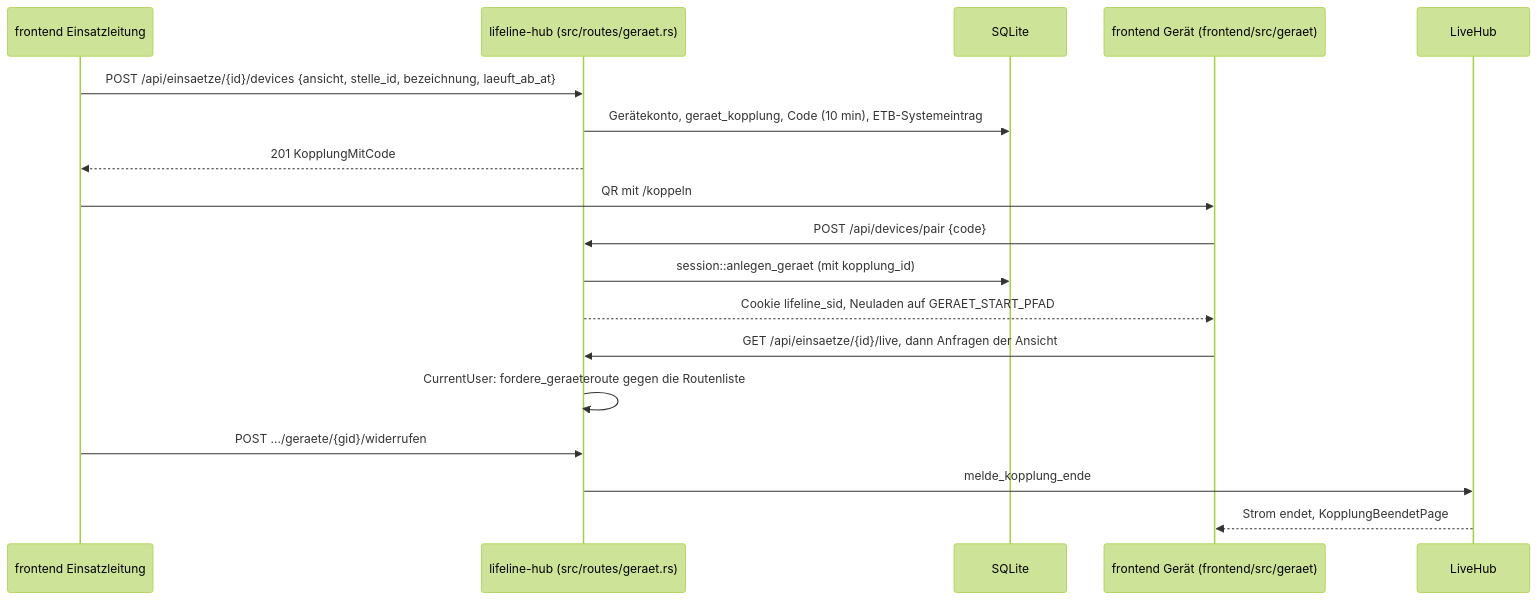
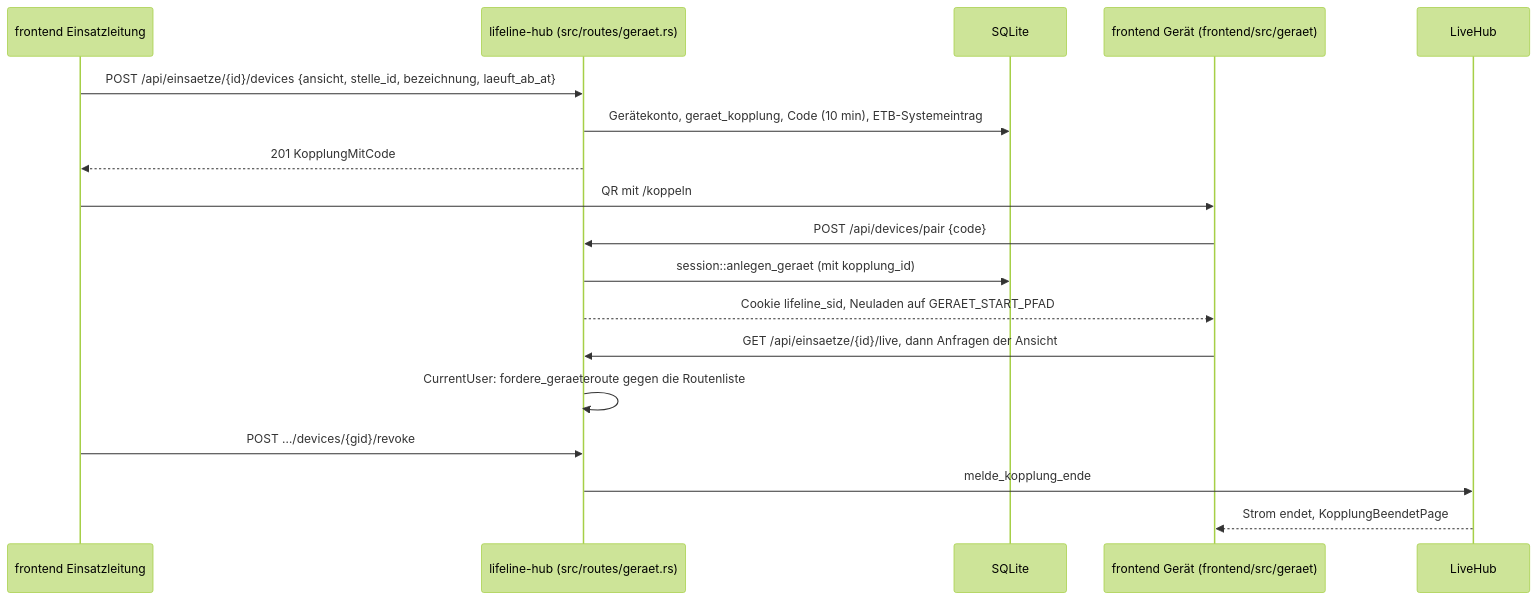
The seventh of 19 diagrams in docs/architektur/06-laufzeitsicht.md (rubenvitt/lifeline-hub), drawn with Mermaid (forest theme) before and after one commit. The commit also changed 33 other files, not shown here.

````diff
--- a/docs/architektur/06-laufzeitsicht.md
+++ b/docs/architektur/06-laufzeitsicht.md
@@ -255,20 +255,20 @@
 ```mermaid
 sequenceDiagram
   participant EL as frontend Einsatzleitung
   participant BE as lifeline-hub (src/routes/geraet.rs)
   participant DB as SQLite
   participant G as frontend Gerät (frontend/src/geraet)
   participant Hub as LiveHub
   EL->>BE: POST /api/einsaetze/{id}/devices {ansicht, stelle_id, bezeichnung, laeuft_ab_at}
   BE->>DB: Gerätekonto, geraet_kopplung, Code (10 min), ETB-Systemeintrag
   BE-->>EL: 201 KopplungMitCode
   EL->>G: QR mit /koppeln#CODE
   G->>BE: POST /api/devices/pair {code}
   BE->>DB: session::anlegen_geraet (mit kopplung_id)
   BE-->>G: Cookie lifeline_sid, Neuladen auf GERAET_START_PFAD
   G->>BE: GET /api/einsaetze/{id}/live, dann Anfragen der Ansicht
   BE->>BE: CurrentUser: fordere_geraeteroute gegen die Routenliste
-  EL->>BE: POST …/geraete/{gid}/widerrufen
+  EL->>BE: POST …/devices/{gid}/revoke
   BE->>Hub: melde_kopplung_ende
   Hub-->>G: Strom endet, KopplungBeendetPage
 ```
````
